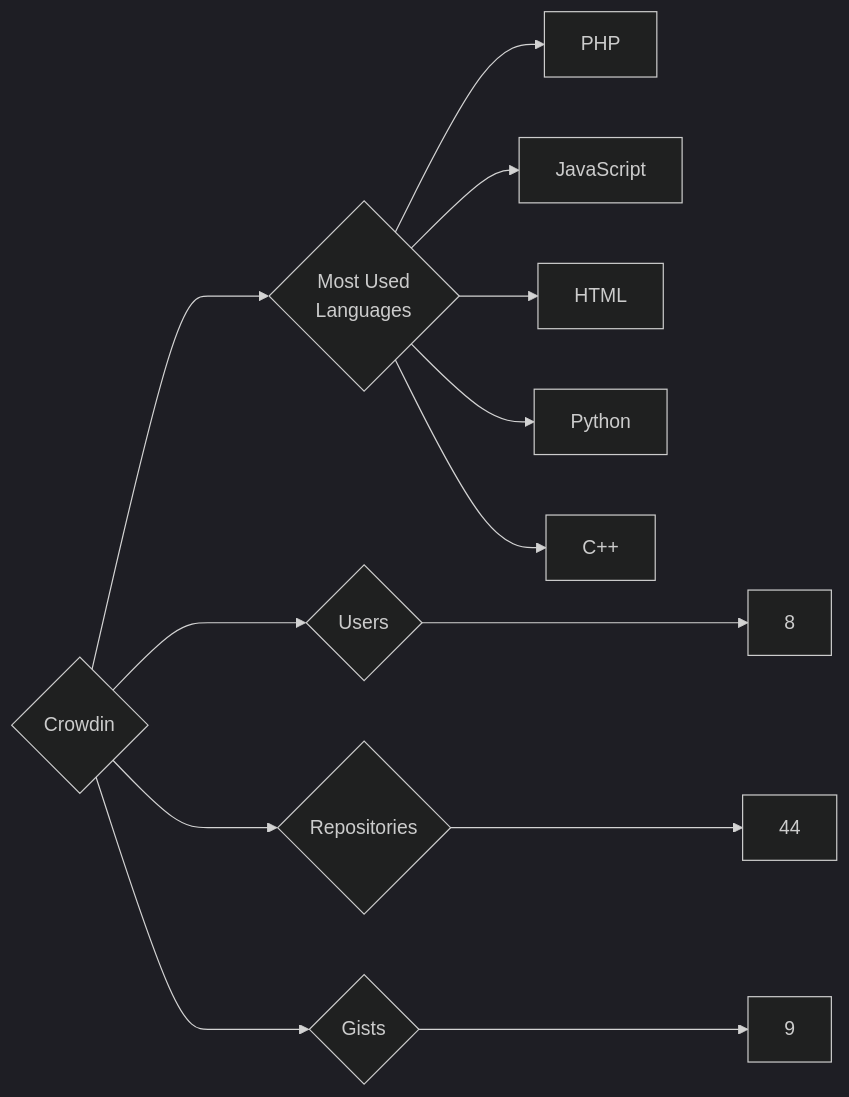
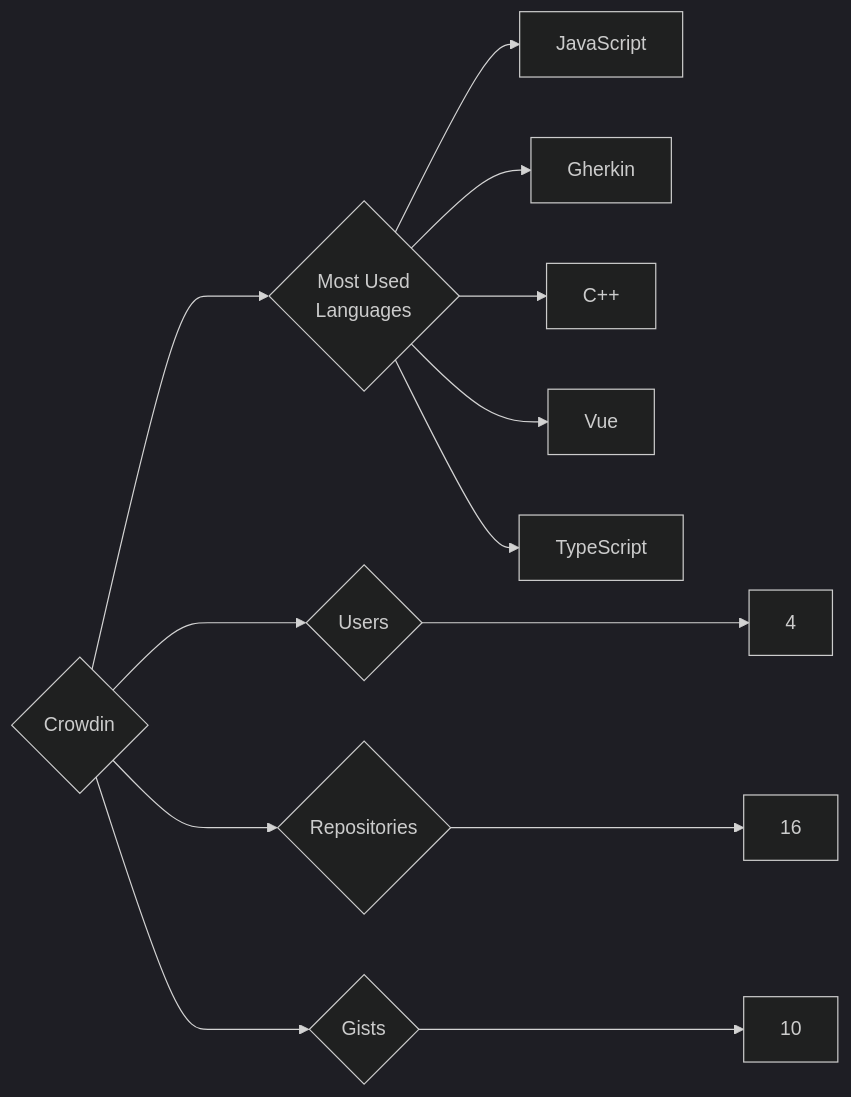
Before and after one commit to trickest/insiders: the diagram in targets/Crowdin/README.md, drawn with Mermaid (dark theme). The commit also changed 809 other files, not shown here.

````diff
--- a/targets/Crowdin/README.md
+++ b/targets/Crowdin/README.md
@@ -3,13 +3,13 @@
 ```mermaid
 graph LR
 COMPANY_NAME{Crowdin}
-COMPANY_NAME ---> U{Users} ---> UN[8]
-COMPANY_NAME ---> R{Repositories} ---> RN[44]
-COMPANY_NAME ---> G{Gists} ---> GN[9]
+COMPANY_NAME ---> U{Users} ---> UN[4]
+COMPANY_NAME ---> R{Repositories} ---> RN[16]
+COMPANY_NAME ---> G{Gists} ---> GN[10]
 COMPANY_NAME ---> ML{Most Used<br>Languages}
-ML --> PHP[PHP]
 ML --> JavaScript[JavaScript]
-ML --> HTML[HTML]
-ML --> Python[Python]
+ML --> Gherkin[Gherkin]
 ML --> C++[C++]
+ML --> Vue[Vue]
+ML --> TypeScript[TypeScript]
 ```
````
